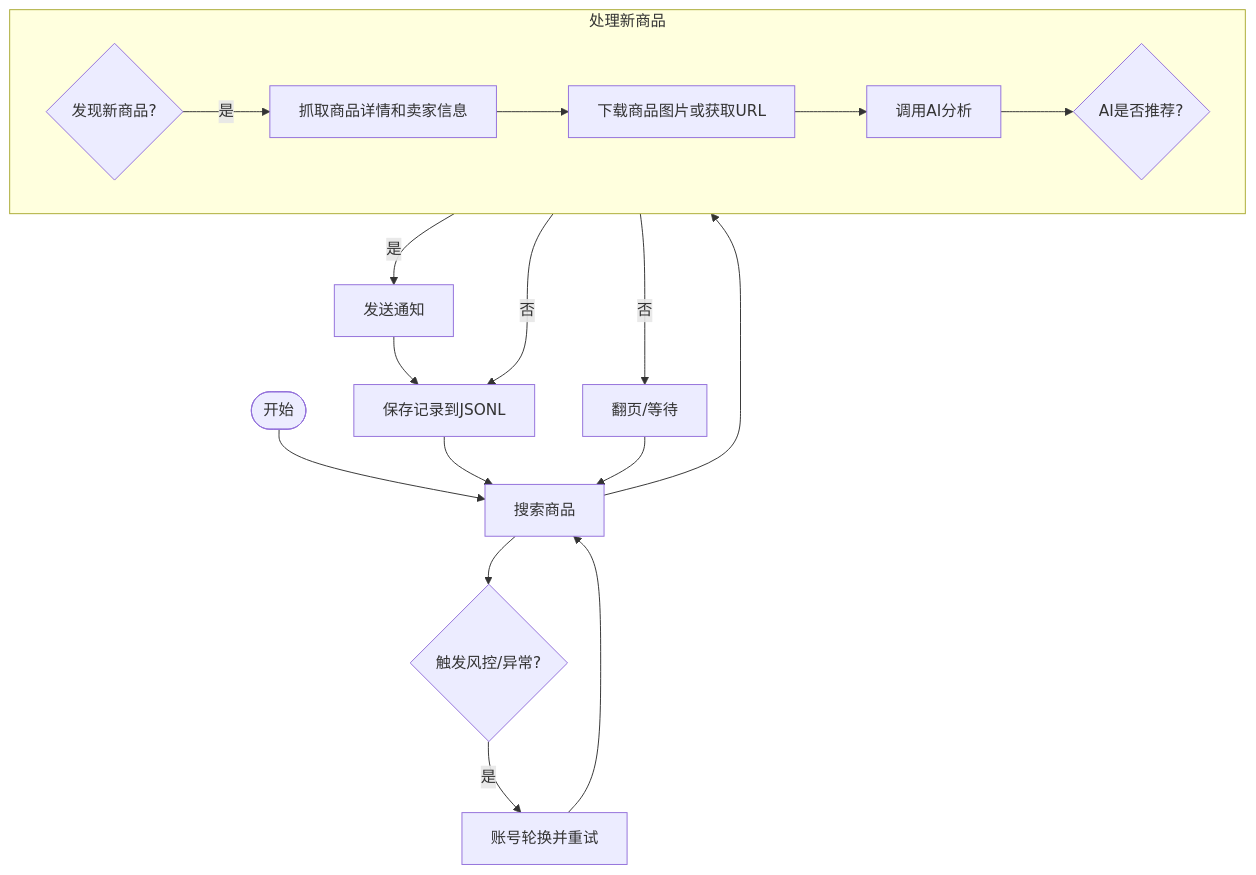
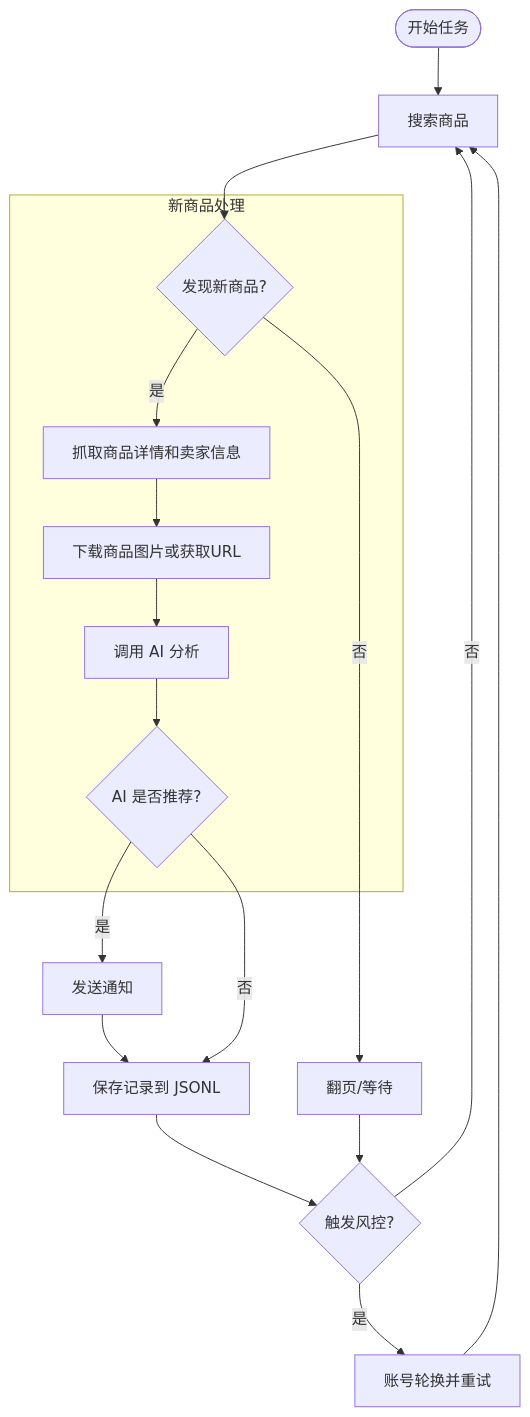
The second of 3 diagrams in README.md (banbanzhige/ai-goofish-monitor-QB), drawn with Mermaid before and after one commit. The commit also changed other lines of this file, not shown here.

````diff
--- a/README.md
+++ b/README.md
@@ -292,33 +191,25 @@
 ```mermaid
-
 graph TD
-    %% 1. 定义节点和形状，提高可读性
-    A([开始]) --> B["搜索商品"]
-    B --> C{"发现新商品?"}
-
-    %% 2. 调整流程分支，避免线条交叉
-    subgraph "处理新商品"
-        direction LR
-        C -- 是 --> D["抓取商品详情和卖家信息"]
-        D --> E["下载商品图片或获取URL"]
-        E --> F["调用AI分析"]
-        F --> G{"AI是否推荐?"}
+    A([开始任务]) --> B[搜索商品]
+    B --> C{发现新商品?}
+    
+    subgraph "新商品处理"
+        C -- 是 --> D[抓取商品详情和卖家信息]
+        D --> E[下载商品图片或获取URL]
+        E --> F[调用 AI 分析]
+        F --> G{AI 是否推荐?}
     end
-
-    %% 3. 处理决策结果
-    G -- 是 --> H["发送通知"]
-    H --> I["保存记录到JSONL"]
+    
+    G -- 是 --> H[发送通知]
+    H --> I[保存记录到 JSONL]
     G -- 否 --> I
-
-    %% 4. 处理“否”的分支和循环
-    C -- 否 --> J["翻页/等待"]
     
-    %% 5. 所有流程最终都汇总到这里，再开始下一轮循环
-    I --> B
-    J --> B
-    %% 6.风控逻辑
-    B --> L{触发风控/异常?};
-    L -- 是 --> M[账号轮换并重试];
-    M --> B;
-
+    C -- 否 --> J[翻页/等待]
+    
+    I --> K{触发风控?}
+    J --> K
+    
+    K -- 是 --> L[账号轮换并重试]
+    K -- 否 --> B
+    L --> B
 ```
````
